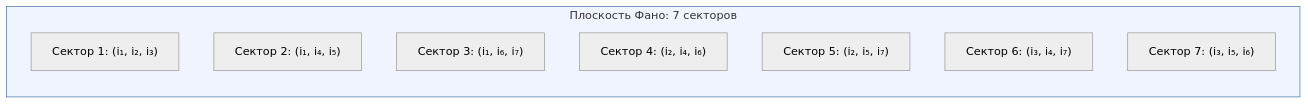
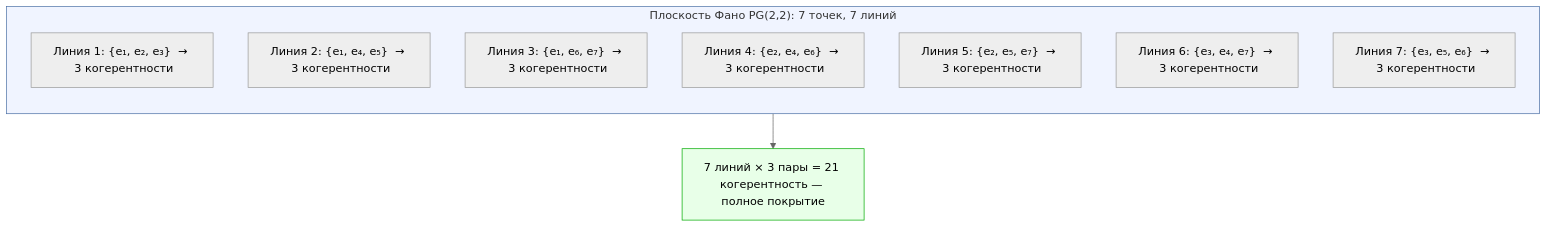
One commit to uhm-theory/holon changed the second of 2 diagrams in website/docs/consciousness/phenomenology/qualia-structure.md. Above: the diagram before and after it, drawn with Mermaid (neutral theme). The commit also changed other lines of this file and 117 other files, not shown here.

````diff
--- a/website/docs/consciousness/phenomenology/qualia-structure.md
+++ b/website/docs/consciousness/phenomenology/qualia-structure.md
@@ -116,14 +309,19 @@
 ```mermaid
 graph TD
-    subgraph Фано["Плоскость Фано: 7 секторов"]
+    subgraph Фано["Плоскость Фано PG(2,2): 7 точек, 7 линий"]
         direction TB
-        T1["Сектор 1: (i₁, i₂, i₃)"]
-        T2["Сектор 2: (i₁, i₄, i₅)"]
-        T3["Сектор 3: (i₁, i₆, i₇)"]
-        T4["Сектор 4: (i₂, i₄, i₆)"]
-        T5["Сектор 5: (i₂, i₅, i₇)"]
-        T6["Сектор 6: (i₃, i₄, i₇)"]
-        T7["Сектор 7: (i₃, i₅, i₆)"]
+        T1["Линия 1: {e₁, e₂, e₃}  →  3 когерентности"]
+        T2["Линия 2: {e₁, e₄, e₅}  →  3 когерентности"]
+        T3["Линия 3: {e₁, e₆, e₇}  →  3 когерентности"]
+        T4["Линия 4: {e₂, e₄, e₆}  →  3 когерентности"]
+        T5["Линия 5: {e₂, e₅, e₇}  →  3 когерентности"]
+        T6["Линия 6: {e₃, e₄, e₇}  →  3 когерентности"]
+        T7["Линия 7: {e₃, e₅, e₆}  →  3 когерентности"]
     end
+
+    Total["7 линий × 3 пары = 21 когерентность — полное покрытие"]
+    Фано --> Total
+
     style Фано fill:#f0f4ff,stroke:#4a6fa5
+    style Total fill:#e8ffe8,stroke:#00aa00
 ```
````
